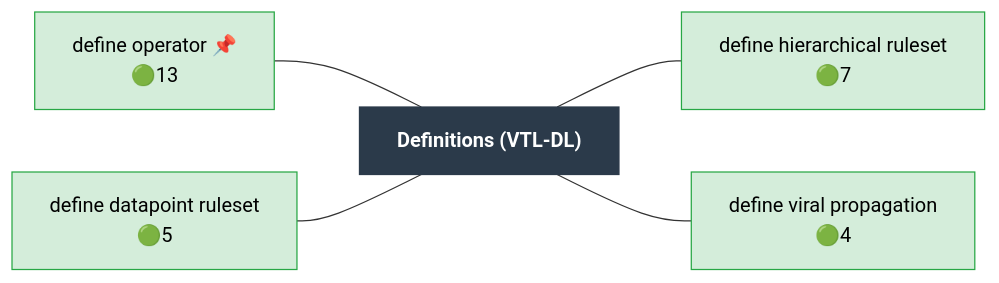
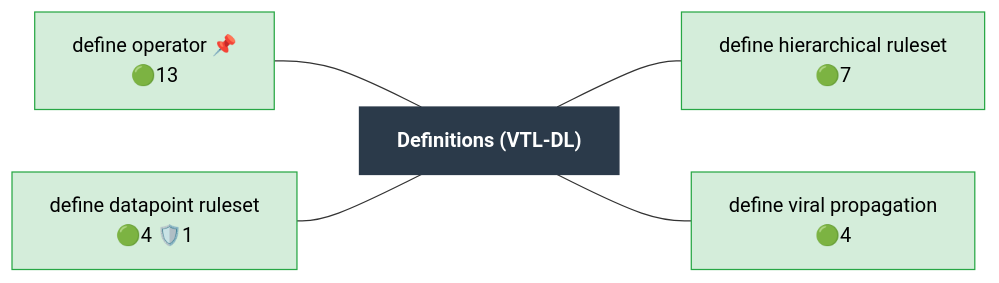
Before and after one commit to Meaningful-Data/vtlengine: the diagram in docs/operator_map/definitions/index.rst, drawn with Mermaid. The commit also changed 9 other files, not shown here.

```diff
--- a/docs/operator_map/definitions/index.rst
+++ b/docs/operator_map/definitions/index.rst
@@ -24,24 +24,24 @@
 .. mermaid::
    :config: {"flowchart": {"useMaxWidth": false}}
 
    flowchart LR
        classDef ok fill:#d4edda,stroke:#28a745,color:#000
        classDef partial fill:#fff3cd,stroke:#ffc107,color:#000
        classDef refused fill:#d4edda,stroke:#28a745,stroke-width:3px,stroke-dasharray: 2 2,color:#000
        classDef missing fill:#f8d7da,stroke:#dc3545,color:#000
        classDef diverge fill:#cce5ff,stroke:#007bff,color:#000
        classDef block fill:#2b3a4a,stroke:#2b3a4a,color:#fff,font-weight:bold
        classDef ext fill:#fff,stroke:#666,color:#000,stroke-dasharray: 5 5
        B["Definitions (VTL-DL)"]:::block
        definitions__define_operator["define operator 📌<br/>🟢13"]:::ok
-       definitions__define_datapoint_ruleset["define datapoint ruleset<br/>🟢5"]:::ok
+       definitions__define_datapoint_ruleset["define datapoint ruleset<br/>🟢4 🛡️1"]:::ok
        definitions__define_hierarchical_ruleset["define hierarchical ruleset<br/>🟢7"]:::ok
        definitions__define_viral_propagation["define viral propagation<br/>🟢4"]:::ok
        definitions__define_operator --- B
        definitions__define_datapoint_ruleset --- B
        B --- definitions__define_hierarchical_ruleset
        B --- definitions__define_viral_propagation
        click definitions__define_operator href "define_operator.html"
        click definitions__define_datapoint_ruleset href "define_datapoint_ruleset.html"
        click definitions__define_hierarchical_ruleset href "define_hierarchical_ruleset.html"
        click definitions__define_viral_propagation href "define_viral_propagation.html"
```
